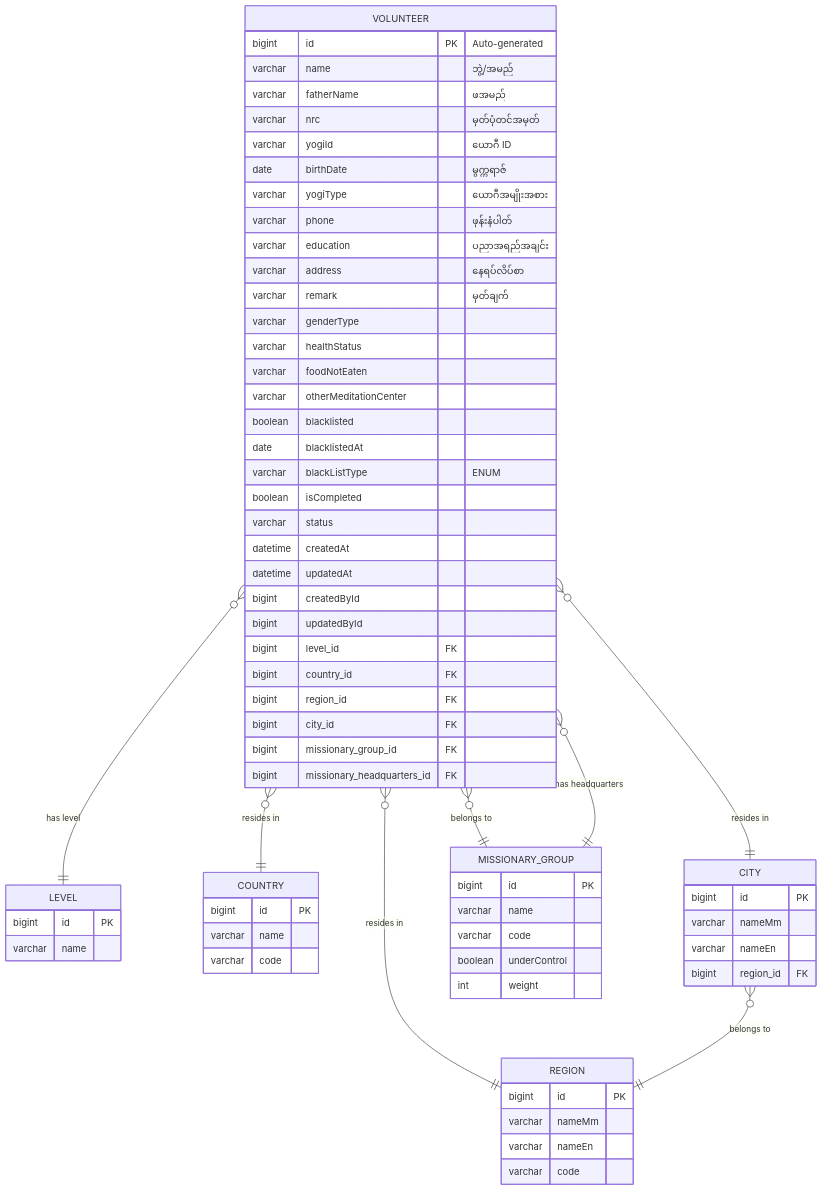
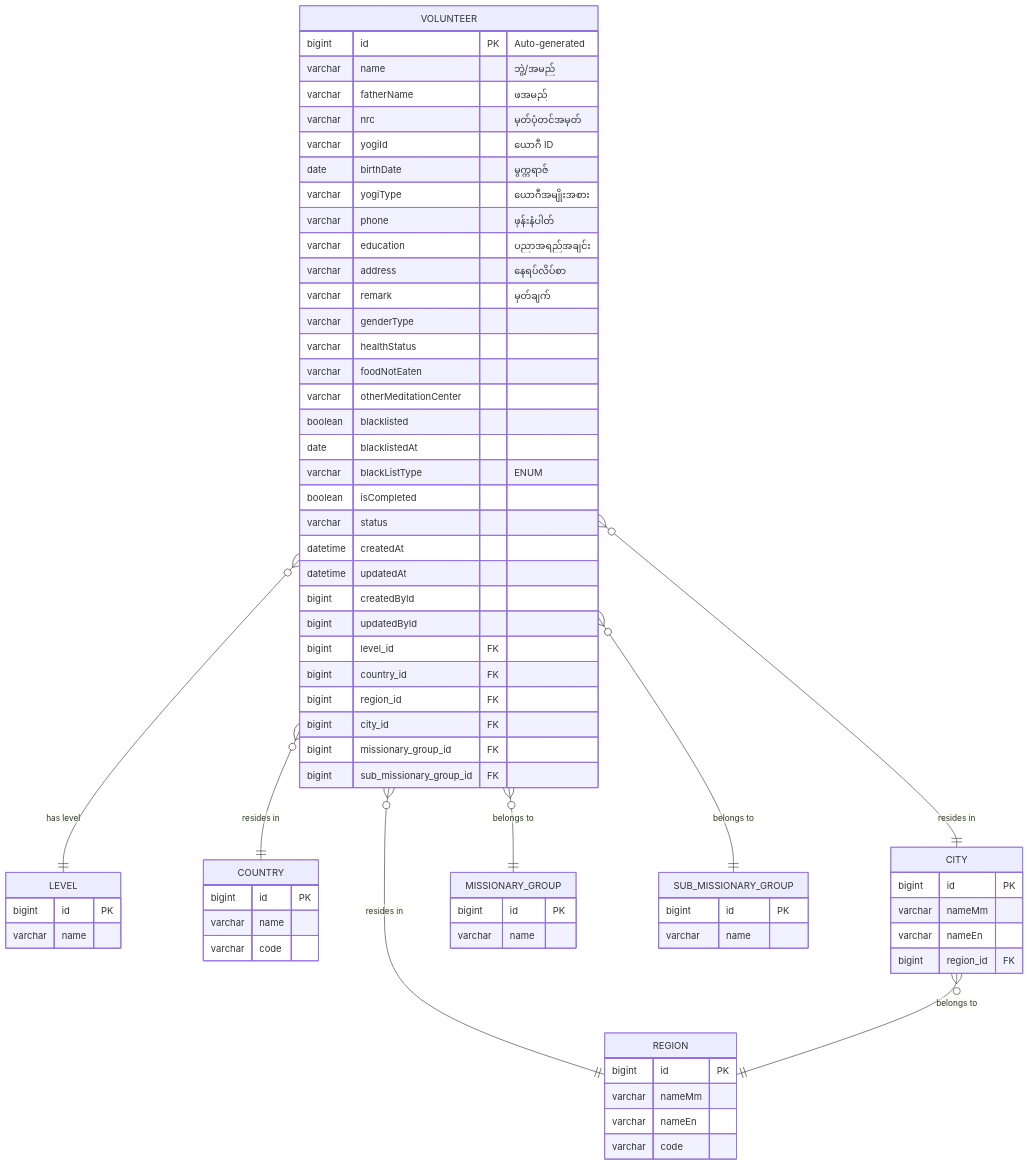
The diagram in volunteer_er_diagram.md (thanthtooaung-coding/deploy-fineract-script), drawn with Mermaid before and after one commit.

Commit message:
Update ER diagram to include sub_missionary_group

````diff
--- a/volunteer_er_diagram.md
+++ b/volunteer_er_diagram.md
@@ -5,76 +5,78 @@
 ```mermaid
 erDiagram
     VOLUNTEER {
         bigint id PK "Auto-generated"
         varchar name "ဘွဲ့/အမည်"
         varchar fatherName "ဖအမည်"
         varchar nrc "မှတ်ပုံတင်အမှတ်"
         varchar yogiId "ယောဂီ ID"
         date birthDate "မွက္ကရာဇ်"
         varchar yogiType "ယောဂီအမျိုးအစား"
         varchar phone "ဖုန်းနံပါတ်"
         varchar education "ပညာအရည်အချင်း"
         varchar address "နေရပ်လိပ်စာ"
         varchar remark "မှတ်ချက်"
         varchar genderType
         varchar healthStatus
         varchar foodNotEaten
         varchar otherMeditationCenter
         boolean blacklisted
         date blacklistedAt
         varchar blackListType "ENUM"
         boolean isCompleted
         varchar status
         datetime createdAt
         datetime updatedAt
         bigint createdById
         bigint updatedById
         bigint level_id FK
         bigint country_id FK
         bigint region_id FK
         bigint city_id FK
         bigint missionary_group_id FK
-        bigint missionary_headquarters_id FK
+        bigint sub_missionary_group_id FK
     }
     
     LEVEL {
         bigint id PK
         varchar name
     }
     
     COUNTRY {
         bigint id PK
         varchar name
         varchar code
     }
     
     REGION {
         bigint id PK
         varchar nameMm
         varchar nameEn
         varchar code
     }
     
     CITY {
         bigint id PK
         varchar nameMm
         varchar nameEn
         bigint region_id FK
     }
     
     MISSIONARY_GROUP {
         bigint id PK
         varchar name
-        varchar code
-        boolean underControl
-        int weight
+    }
+
+    SUB_MISSIONARY_GROUP {
+        bigint id PK
+        varchar name
     }
     
     VOLUNTEER }o--|| LEVEL : "has level"
     VOLUNTEER }o--|| COUNTRY : "resides in"
     VOLUNTEER }o--|| REGION : "resides in"
     VOLUNTEER }o--|| CITY : "resides in"
     VOLUNTEER }o--|| MISSIONARY_GROUP : "belongs to"
-    VOLUNTEER }o--|| MISSIONARY_GROUP : "has headquarters"
+    VOLUNTEER }o--|| SUB_MISSIONARY_GROUP : "belongs to"
     CITY }o--|| REGION : "belongs to"
 ```
````
